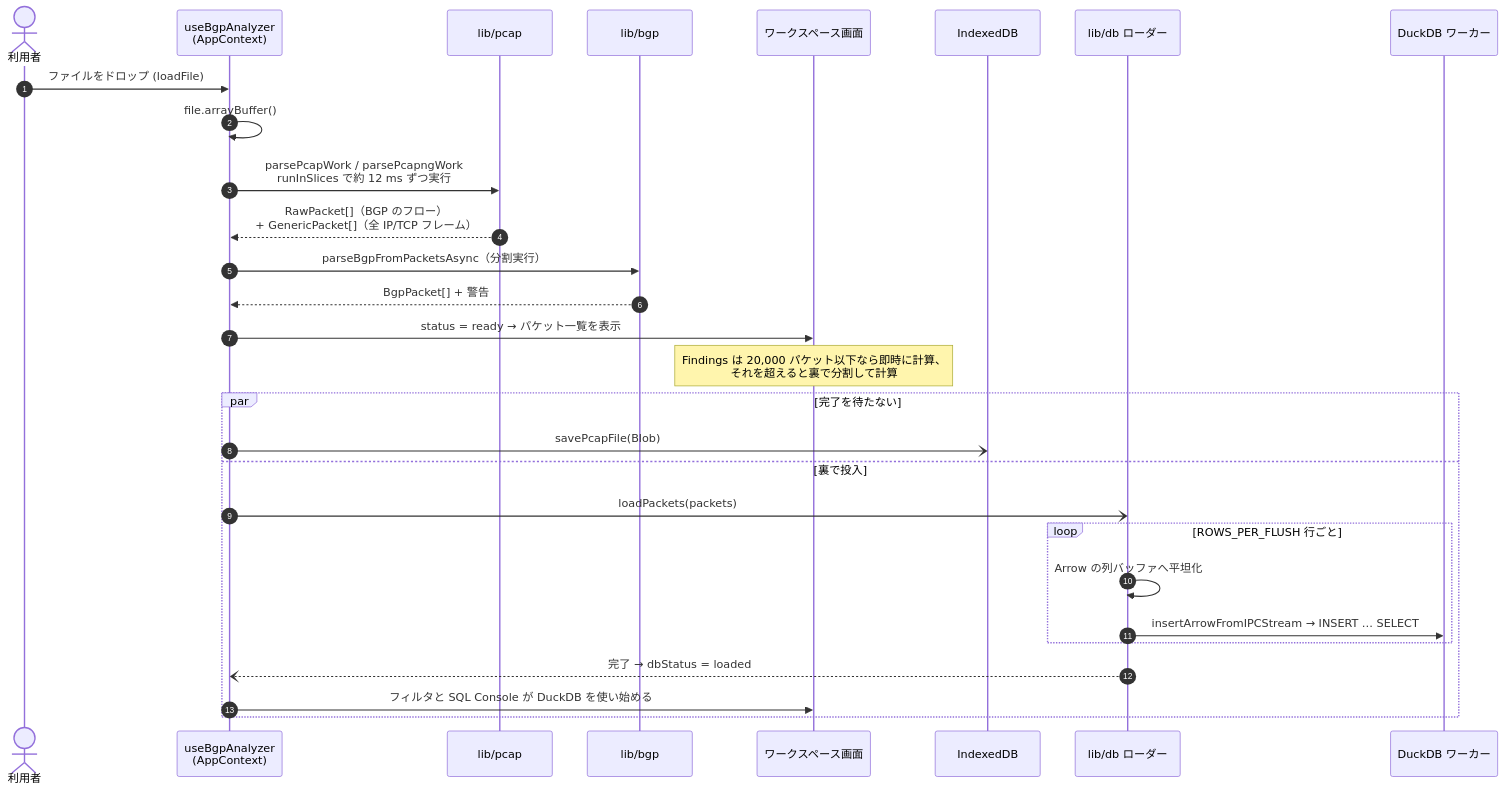
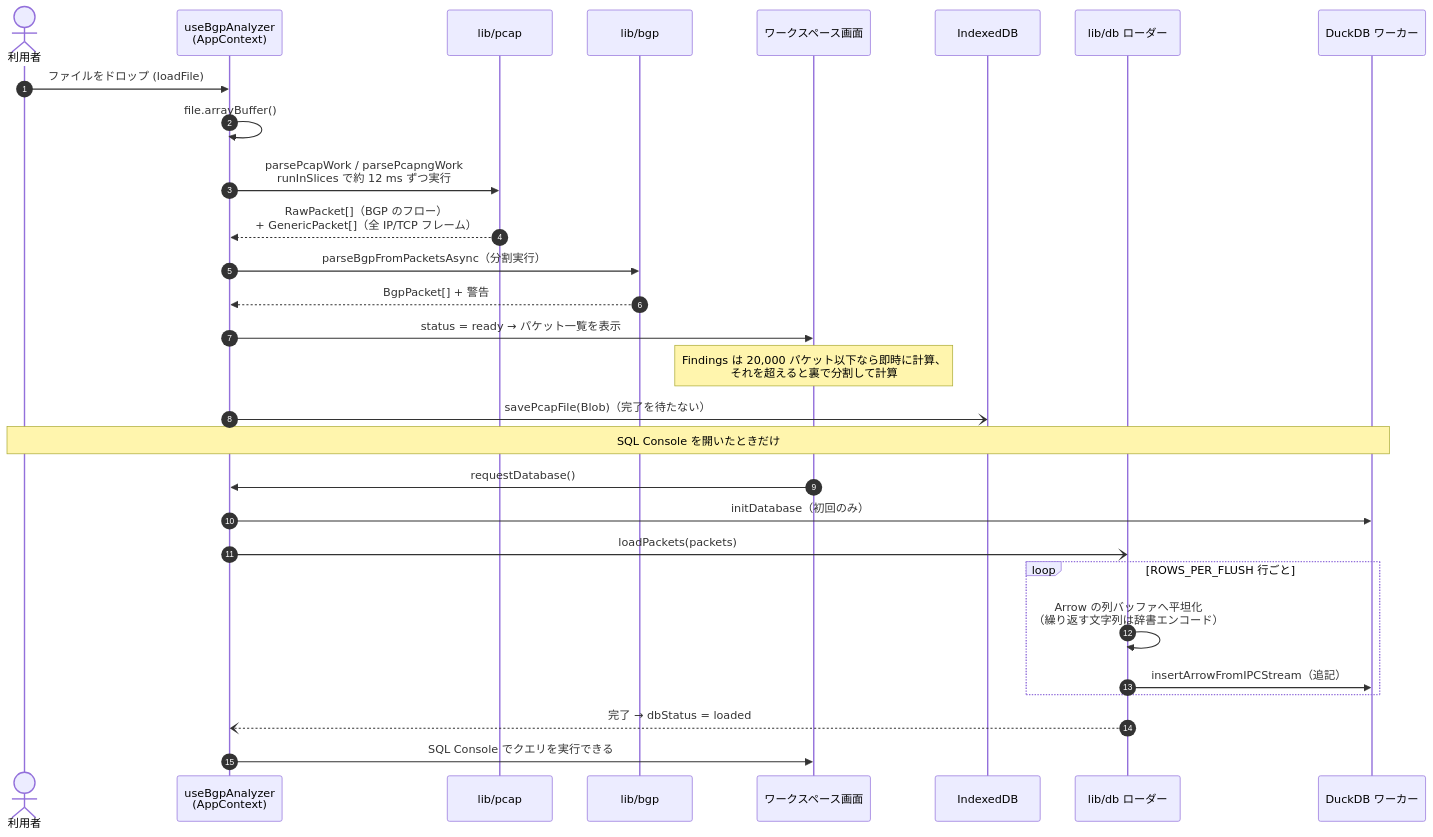
The third of 13 diagrams in docs/architecture.ja.md (shmuto/bgpshark), drawn with Mermaid before and after one commit. The commit also changed other lines of this file and 12 other files, not shown here.

````diff
--- a/docs/architecture.ja.md
+++ b/docs/architecture.ja.md
@@ -140,33 +140,34 @@
 ```mermaid
 sequenceDiagram
     autonumber
     actor U as 利用者
     participant A as useBgpAnalyzer<br/>(AppContext)
     participant P as lib/pcap
     participant B as lib/bgp
     participant UI as ワークスペース画面
     participant S as IndexedDB
     participant L as lib/db ローダー
     participant D as DuckDB ワーカー
 
     U->>A: ファイルをドロップ (loadFile)
     A->>A: file.arrayBuffer()
     A->>P: parsePcapWork / parsePcapngWork<br/>runInSlices で約 12 ms ずつ実行
     P-->>A: RawPacket[]（BGP のフロー）<br/>+ GenericPacket[]（全 IP/TCP フレーム）
     A->>B: parseBgpFromPacketsAsync（分割実行）
     B-->>A: BgpPacket[] + 警告
     A->>UI: status = ready → パケット一覧を表示
     Note over UI: Findings は 20,000 パケット以下なら即時に計算、<br/>それを超えると裏で分割して計算
 
-    par 完了を待たない
-        A-)S: savePcapFile(Blob)
-    and 裏で投入
-        A-)L: loadPackets(packets)
-        loop ROWS_PER_FLUSH 行ごと
-            L->>L: Arrow の列バッファへ平坦化
-            L->>D: insertArrowFromIPCStream → INSERT … SELECT
-        end
-        L--)A: 完了 → dbStatus = loaded
-        A->>UI: フィルタと SQL Console が DuckDB を使い始める
+    A-)S: savePcapFile(Blob)（完了を待たない）
+
+    Note over U,D: SQL Console を開いたときだけ
+    UI->>A: requestDatabase()
+    A->>D: initDatabase（初回のみ）
+    A-)L: loadPackets(packets)
+    loop ROWS_PER_FLUSH 行ごと
+        L->>L: Arrow の列バッファへ平坦化<br/>（繰り返す文字列は辞書エンコード）
+        L->>D: insertArrowFromIPCStream（追記）
     end
+    L--)A: 完了 → dbStatus = loaded
+    A->>UI: SQL Console でクエリを実行できる
 ```
````
